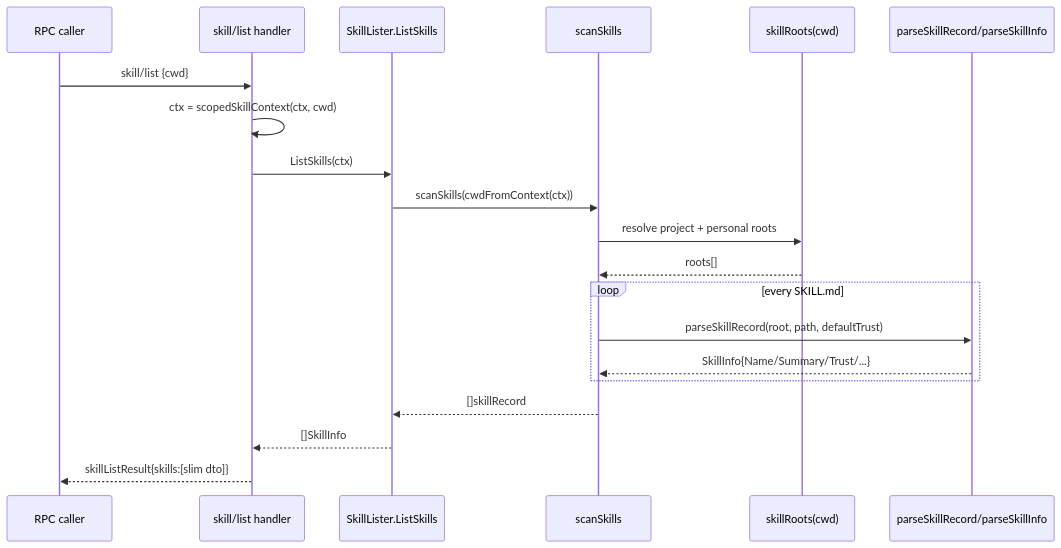
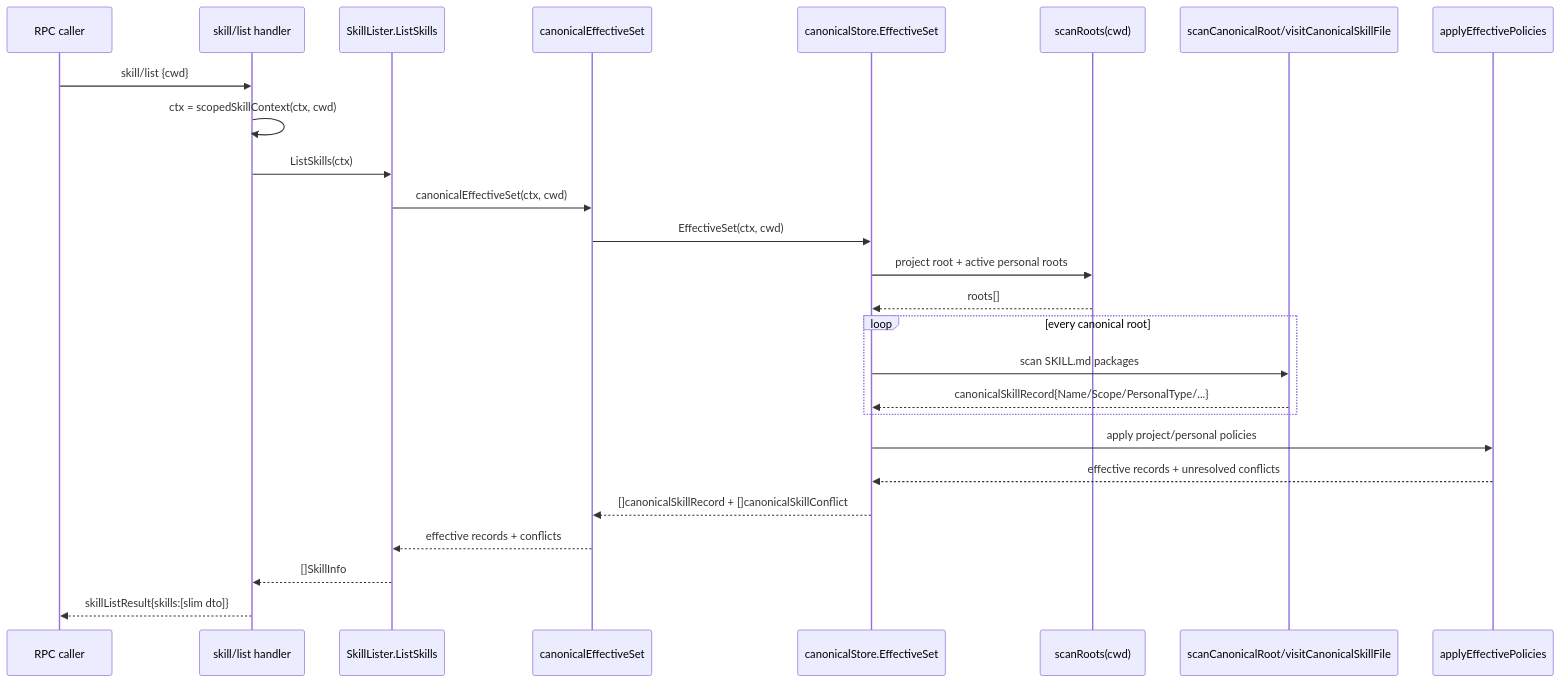
The sixth of 7 diagrams in docs/doc/codemap/07-module-read.md (lihah111222333-cloud/Super-Dolphin-Agent-Cockpit), drawn with Mermaid before and after one commit. The commit also changed other lines of this file and 40 other files, not shown here.

````diff
--- a/docs/doc/codemap/07-module-read.md
+++ b/docs/doc/codemap/07-module-read.md
@@ -330,23 +330,29 @@
 ```mermaid
 sequenceDiagram
     participant C as RPC caller
     participant H as skill/list handler
     participant S as SkillLister.ListSkills
-    participant SCAN as scanSkills
-    participant ROOT as skillRoots(cwd)
-    participant PARSE as parseSkillRecord/parseSkillInfo
+    participant EFF as canonicalEffectiveSet
+    participant STORE as canonicalStore.EffectiveSet
+    participant ROOT as scanRoots(cwd)
+    participant PARSE as scanCanonicalRoot/visitCanonicalSkillFile
+    participant POLICY as applyEffectivePolicies
 
     C->>H: skill/list {cwd}
     H->>H: ctx = scopedSkillContext(ctx, cwd)
     H->>S: ListSkills(ctx)
-    S->>SCAN: scanSkills(cwdFromContext(ctx))
-    SCAN->>ROOT: resolve project + personal roots
-    ROOT-->>SCAN: roots[]
-    loop every SKILL.md
-        SCAN->>PARSE: parseSkillRecord(root, path, defaultTrust)
-        PARSE-->>SCAN: SkillInfo{Name/Summary/Trust/...}
+    S->>EFF: canonicalEffectiveSet(ctx, cwd)
+    EFF->>STORE: EffectiveSet(ctx, cwd)
+    STORE->>ROOT: project root + active personal roots
+    ROOT-->>STORE: roots[]
+    loop every canonical root
+        STORE->>PARSE: scan SKILL.md packages
+        PARSE-->>STORE: canonicalSkillRecord{Name/Scope/PersonalType/...}
     end
-    SCAN-->>S: []skillRecord
+    STORE->>POLICY: apply project/personal policies
+    POLICY-->>STORE: effective records + unresolved conflicts
+    STORE-->>EFF: []canonicalSkillRecord + []canonicalSkillConflict
+    EFF-->>S: effective records + conflicts
     S-->>H: []SkillInfo
     H-->>C: skillListResult{skills:[slim dto]}
 ```
````
